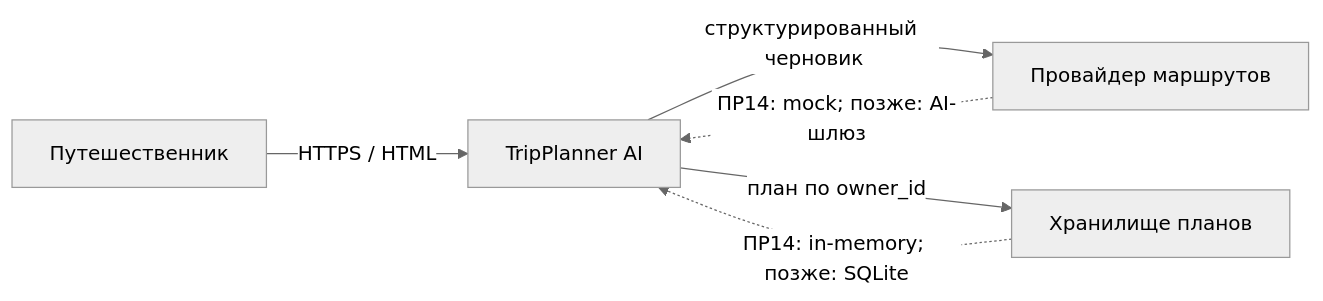
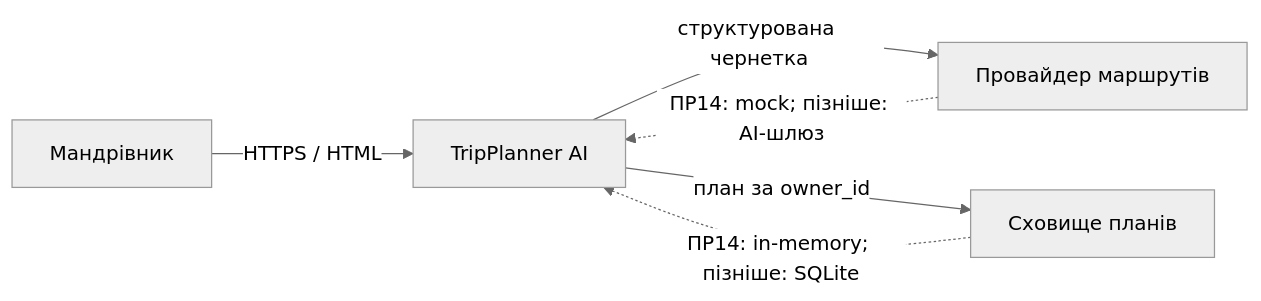
One commit to BobaBobus123/TripPlanner-AI changed the first of 2 diagrams in docs/architecture.md. Above: the diagram before and after it, drawn with Mermaid (neutral theme). The commit also changed other lines of this file and 16 other files, not shown here.

````diff
--- a/docs/architecture.md
+++ b/docs/architecture.md
@@ -7,8 +7,8 @@
 ```mermaid
 flowchart LR
-    User[Путешественник] -->|HTTPS / HTML| App[TripPlanner AI]
-    App -->|структурированный черновик| Provider[Провайдер маршрутов]
-    App -->|план по owner_id| Storage[Хранилище планов]
-    Provider -.->|ПР14: mock; позже: AI-шлюз| App
-    Storage -.->|ПР14: in-memory; позже: SQLite| App
+    User[Мандрівник] -->|HTTPS / HTML| App[TripPlanner AI]
+    App -->|структурована чернетка| Provider[Провайдер маршрутів]
+    App -->|план за owner_id| Storage[Сховище планів]
+    Provider -.->|ПР14: mock; пізніше: AI-шлюз| App
+    Storage -.->|ПР14: in-memory; пізніше: SQLite| App
 ```
````
